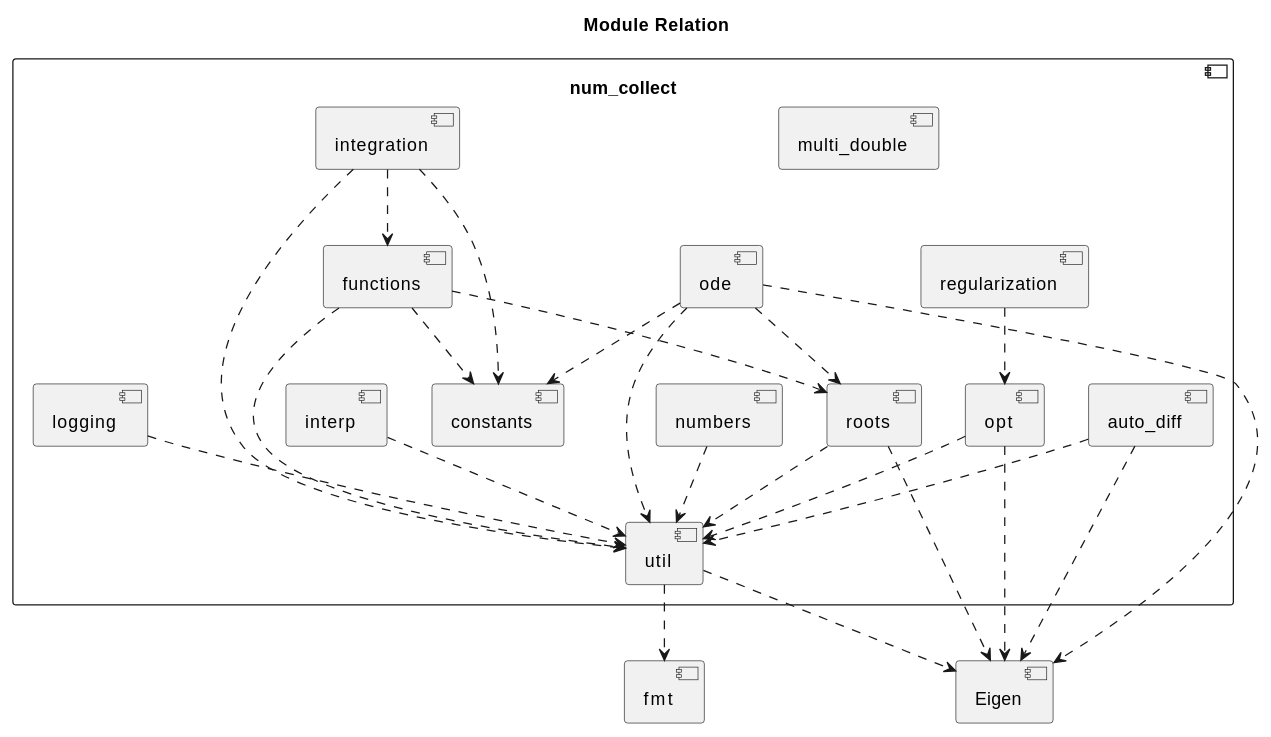
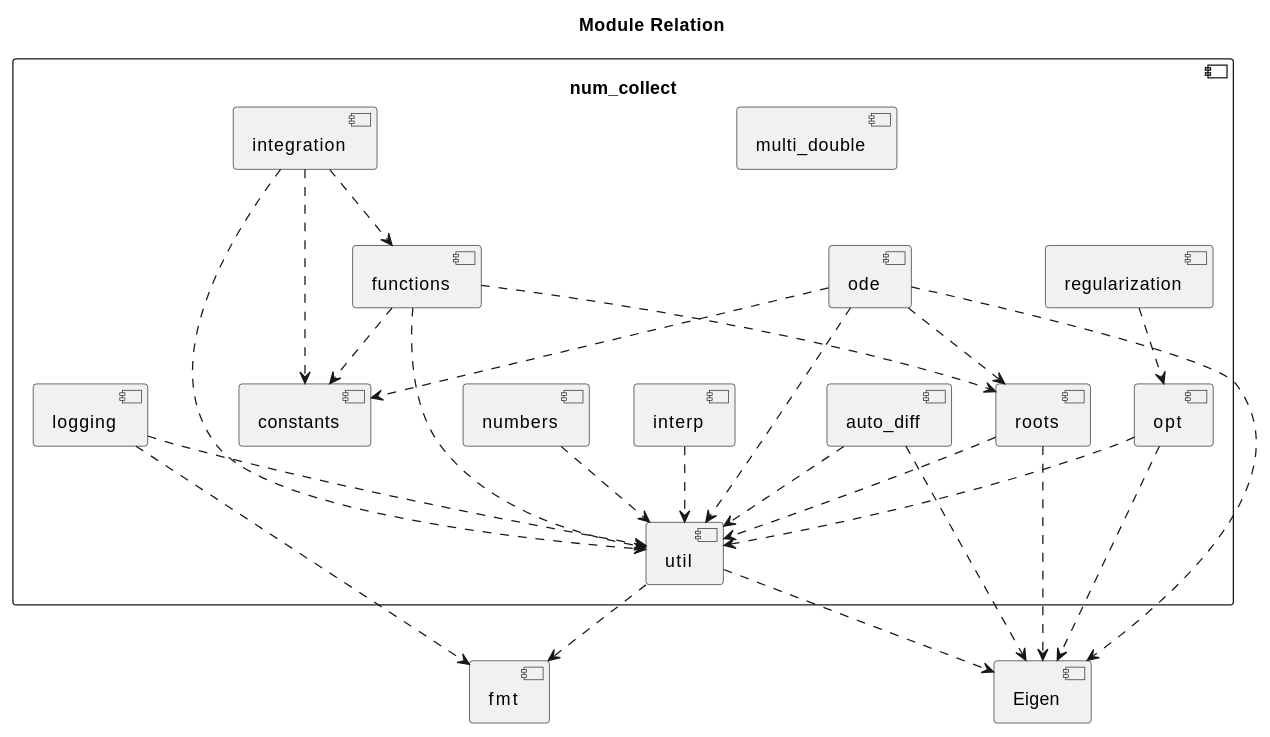
One commit to MusicScience37/numerical-collection-cpp changed the diagram in doc/sphinx/src/modules.rst. Above: the diagram before and after it, drawn with PlantUML. The commit also changed other lines of this file and 1 other file, not shown here.

```diff
--- a/doc/sphinx/src/modules.rst
+++ b/doc/sphinx/src/modules.rst
@@ -4,56 +6,57 @@
 .. uml::
 
     title Module Relation
 
     component fmt
     component Eigen
 
     component num_collect {
         component util
         util ..> fmt
         util ..> Eigen
 
         component logging
+        logging ..> fmt
         logging ..> util
 
         component auto_diff
         auto_diff ..> util
         auto_diff ..> Eigen
 
         component opt
         opt ..> util
         opt ..> Eigen
 
         component regularization
         regularization ..> opt
 
         component interp
         interp ..> util
 
         component numbers
         numbers ..> util
 
         component multi_double
 
         component constants
 
         component roots
         roots ..> util
         roots ..> Eigen
 
         component functions
         functions ..> util
         functions ..> constants
         functions ..> roots
 
         component integration
         integration ..> util
         integration ..> constants
         integration ..> functions
 
         component ode
         ode ..> util
         ode ..> constants
         ode ..> roots
         ode ..> Eigen
     }
```
